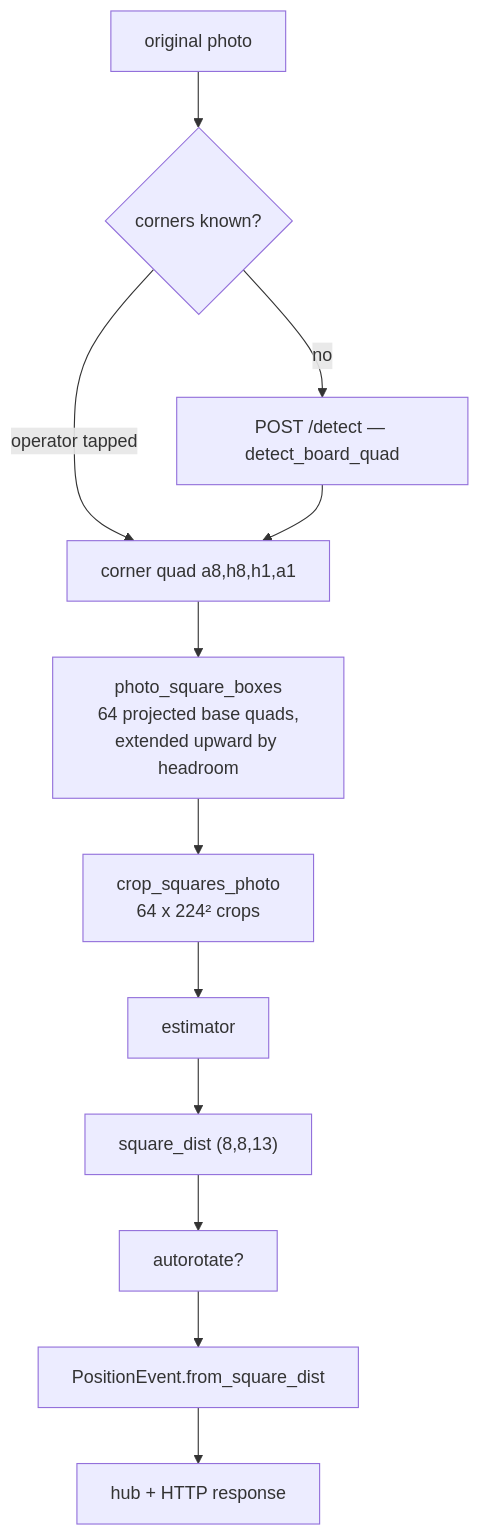
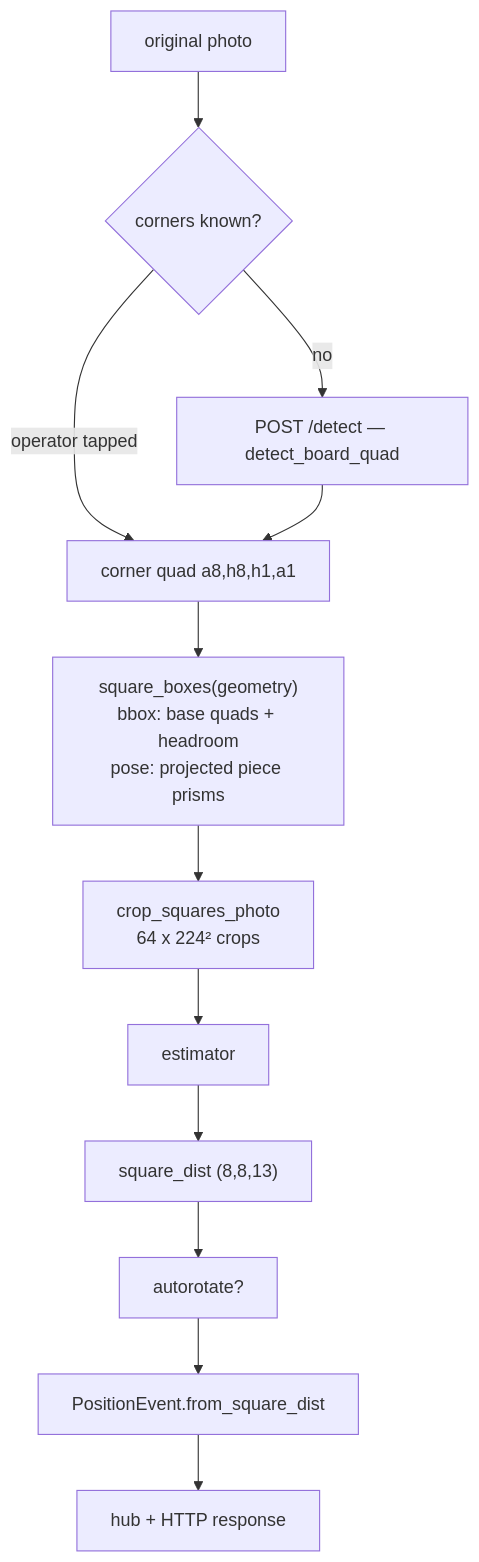
One commit to membranepotential/board-reader changed the diagram in docs/recognition-pipeline.md. Above: the diagram before and after it, drawn with Mermaid. The commit also changed other lines of this file and 1 other file, not shown here.

First line of the commit message:
docs: crop geometry is now a choice, and confidence has a fix

````diff
--- a/docs/recognition-pipeline.md
+++ b/docs/recognition-pipeline.md
@@ -14,14 +14,14 @@
 ```mermaid
 flowchart TD
   photo[original photo] --> corners{corners known?}
   corners -->|operator tapped| geom[corner quad a8,h8,h1,a1]
   corners -->|no| detect["POST /detect — detect_board_quad"]
   detect --> geom
-  geom --> boxes["photo_square_boxes<br/>64 projected base quads,<br/>extended upward by headroom"]
+  geom --> boxes["square_boxes(geometry)<br/>bbox: base quads + headroom<br/>pose: projected piece prisms"]
   boxes --> crops["crop_squares_photo<br/>64 x 224² crops"]
   crops --> est[estimator]
   est --> dist["square_dist (8,8,13)"]
   dist --> rot[autorotate?]
   rot --> event["PositionEvent.from_square_dist"]
   event --> out[hub + HTTP response]
 ```
````
